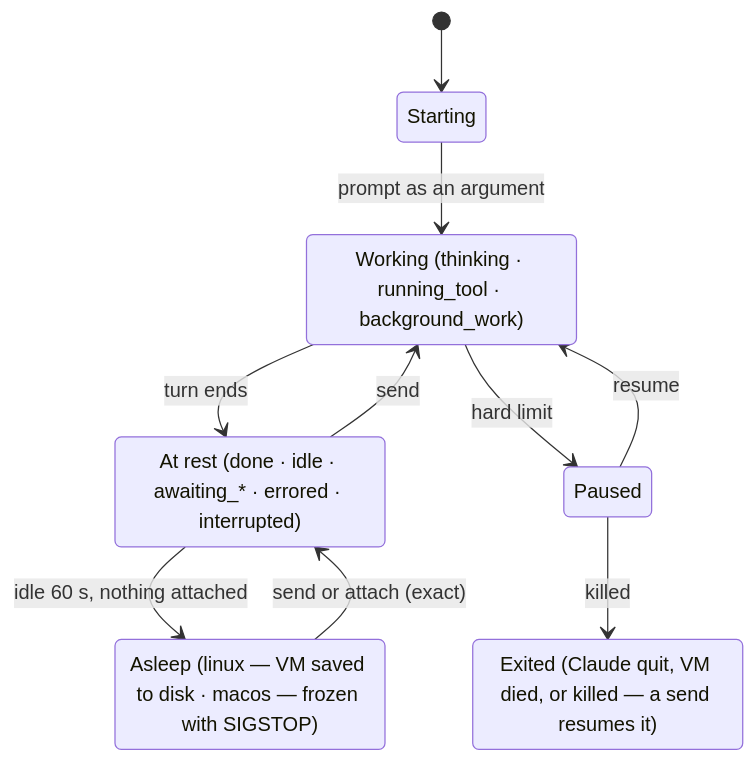
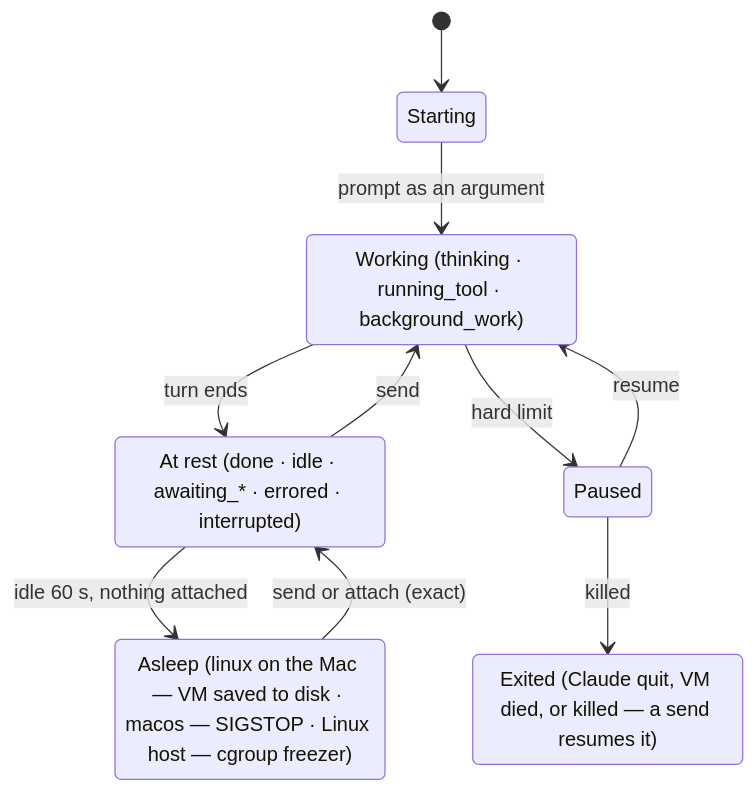
Before and after one commit to tsconfigdotjson/vibe-os-native: the second of 2 diagrams in PRD.md, drawn with Mermaid. The commit also changed other lines of this file, not shown here.

First line of the commit message:
PRD: precise agent-tail behaviour, Linux hosts, external access, vibe-env backends

````diff
--- a/PRD.md
+++ b/PRD.md
@@ -382,16 +469,16 @@
 ```mermaid
 stateDiagram-v2
   [*] --> Starting
   Starting --> Working: prompt as an argument
   Working --> AtRest: turn ends
   AtRest --> Working: send
   AtRest --> Asleep: idle 60 s, nothing attached
   Asleep --> AtRest: send or attach (exact)
   Working --> Paused: hard limit
   Paused --> Working: resume
   Paused --> Exited: killed
   AtRest: At rest (done · idle · awaiting_* · errored · interrupted)
   Working: Working (thinking · running_tool · background_work)
-  Asleep: Asleep (linux — VM saved to disk · macos — frozen with SIGSTOP)
+  Asleep: Asleep (linux on the Mac — VM saved to disk · macos — SIGSTOP · Linux host — cgroup freezer)
   Exited: Exited (Claude quit, VM died, or killed — a send resumes it)
 ```
````
